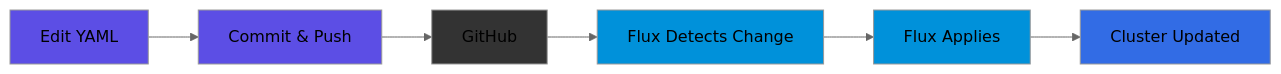
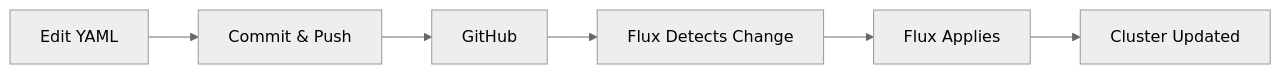
One commit to tscibilia/home-ops changed the diagram in docs/operations/overview.md. Above: the diagram before and after it, drawn with Mermaid (neutral theme). The commit also changed 9 other files, not shown here.

````diff
--- a/docs/operations/overview.md
+++ b/docs/operations/overview.md
@@ -9,15 +9,8 @@
 ```mermaid
 graph LR
     A[Edit YAML] --> B[Commit & Push]
     B --> C[GitHub]
     C --> D[Flux Detects Change]
     D --> E[Flux Applies]
     E --> F[Cluster Updated]
-
-    style A fill:#5c4ee5
-    style B fill:#5c4ee5
-    style C fill:#333
-    style D fill:#0091da
-    style E fill:#0091da
-    style F fill:#326ce5
 ```
````
